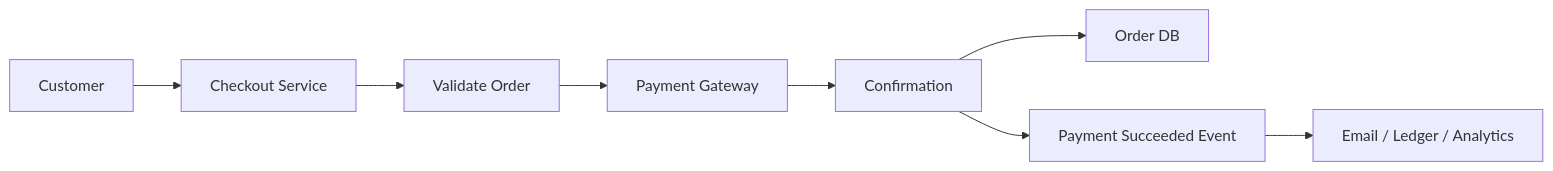
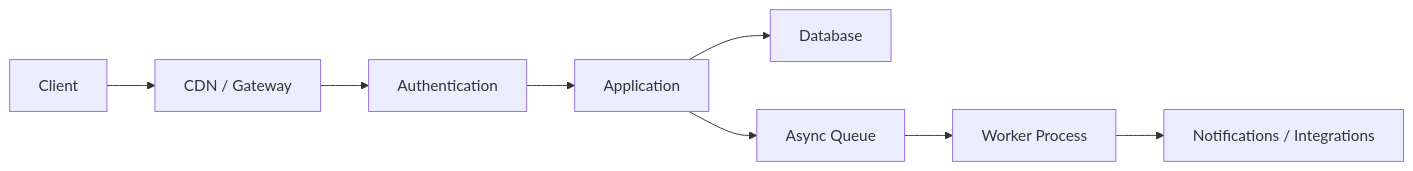
Before and after one commit to quesiblaq442-del/architecture-diagram: diagram 16 of 25 in ARCHITECTURE.md, drawn with Mermaid. The commit also changed other lines of this file, not shown here.

````diff
--- a/ARCHITECTURE.md
+++ b/ARCHITECTURE.md
@@ -369,10 +465,10 @@
 ```mermaid
 graph LR
-    User["Customer"] --> App["Checkout Service"]
-    App --> Validate["Validate Order"]
-    Validate --> Payment["Payment Gateway"]
-    Payment --> Confirm["Confirmation"]
-    Confirm --> OrderDB["Order DB"]
-    Confirm --> Event["Payment Succeeded Event"]
-    Event --> Notify["Email / Ledger / Analytics"]
+    Client["Client"] --> Edge["CDN / Gateway"]
+    Edge --> Auth["Authentication"]
+    Auth --> App["Application"]
+    App --> DB["Database"]
+    App --> Queue["Async Queue"]
+    Queue --> Worker["Worker Process"]
+    Worker --> Notify["Notifications / Integrations"]
 ```
````
